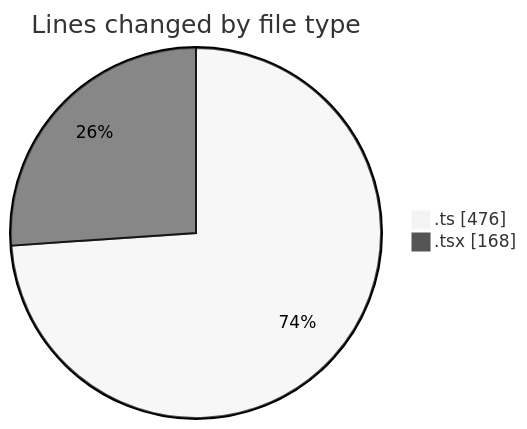
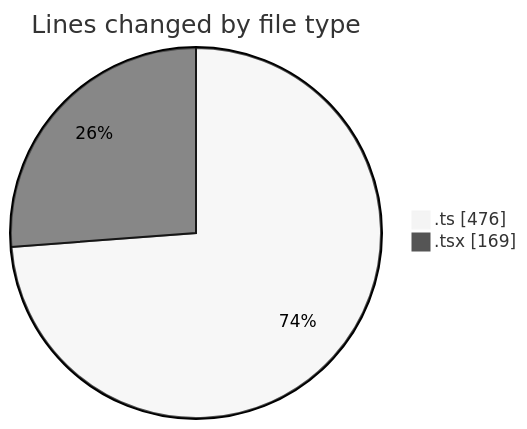
One commit to JenPaints/code-tracking changed the first of 2 diagrams in 2025-06-27/archive/README.md. Above: the diagram before and after it, drawn with Mermaid (neutral theme). The commit also changed other lines of this file and 1 other file, not shown here.

````diff
--- a/2025-06-27/archive/README.md
+++ b/2025-06-27/archive/README.md
@@ -23,6 +23,6 @@
 ```mermaid
 pie showData
 title Lines changed by file type
 ".ts" : 476
-".tsx" : 168
+".tsx" : 169
 ```
````
